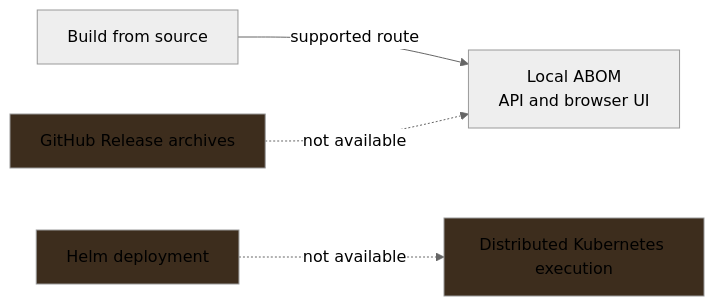
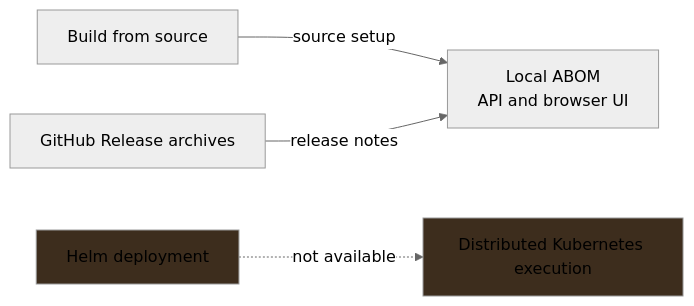
The diagram in docs/deployment/index.md (advanced-security/codeql-abom), drawn with Mermaid (neutral theme) before and after one commit. The commit also changed other lines of this file and 3 other files, not shown here.

````diff
--- a/docs/deployment/index.md
+++ b/docs/deployment/index.md
@@ -7,9 +7,8 @@
 ```mermaid
 flowchart LR
-    SOURCE["Build from source"] -->|"supported route"| LOCAL["Local ABOM<br/>API and browser UI"]
-    RELEASE["GitHub Release archives"] -. "not available" .-> LOCAL
+    SOURCE["Build from source"] -->|"source setup"| LOCAL["Local ABOM<br/>API and browser UI"]
+    RELEASE["GitHub Release archives"] -->|"release notes"| LOCAL
     HELM["Helm deployment"] -. "not available" .-> CLUSTER["Distributed Kubernetes execution"]
-    style RELEASE fill:#3d2d1d
     style HELM fill:#3d2d1d
     style CLUSTER fill:#3d2d1d
 ```
````
